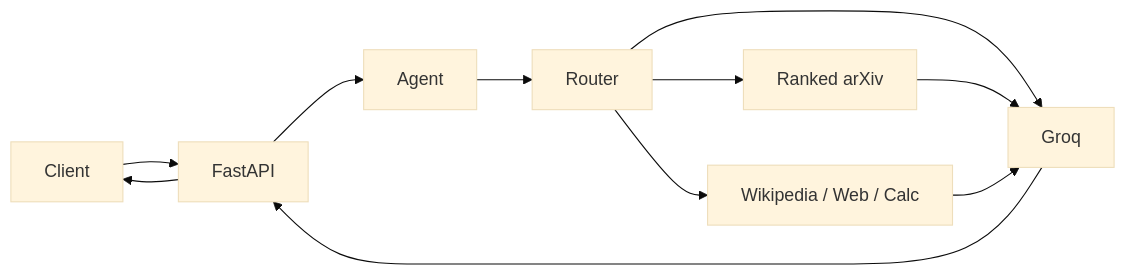
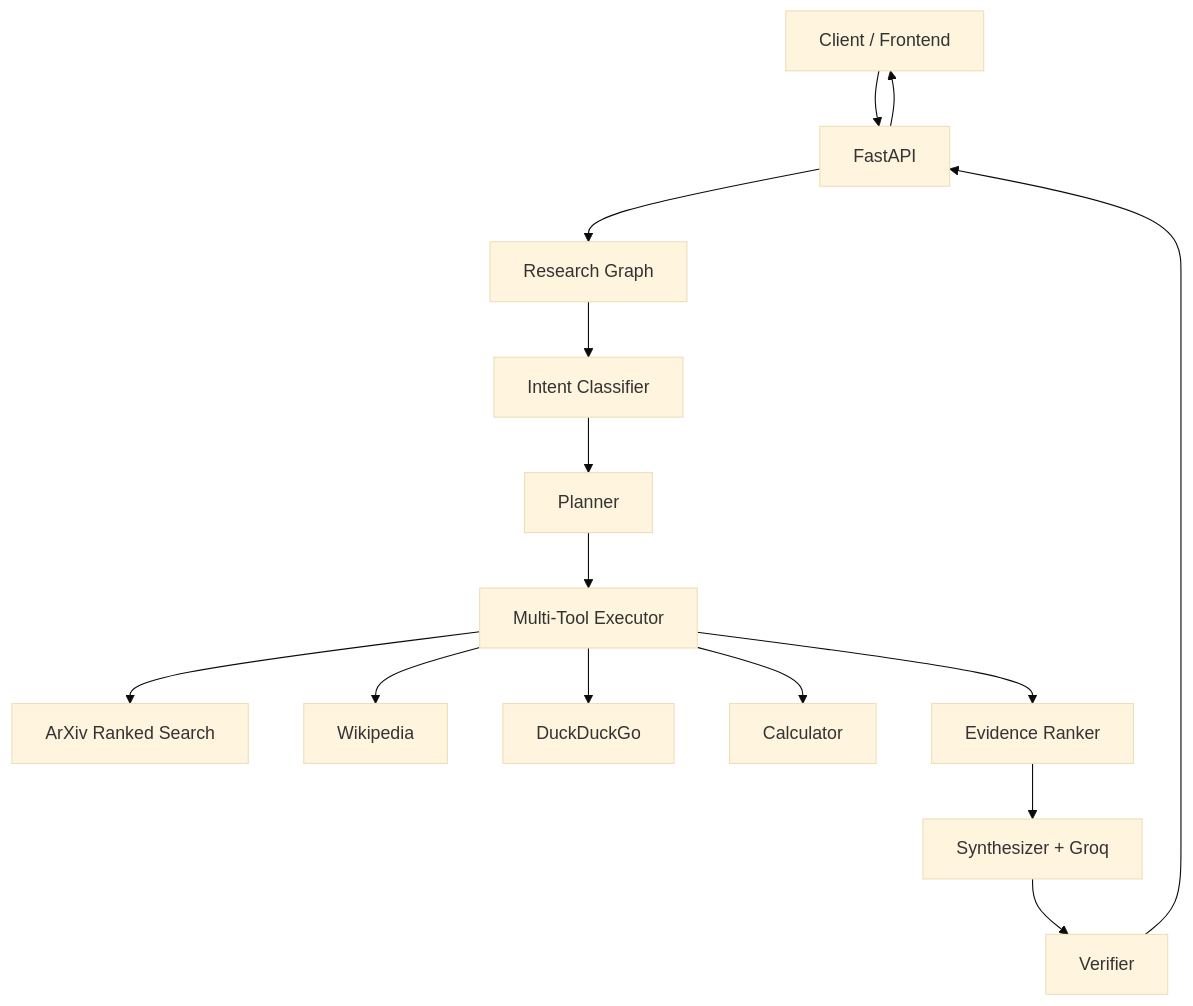
Before and after one commit to sidnei-almeida/langchain-autonomous-agent: the diagram in README.md, drawn with Mermaid (base theme). The commit also changed other lines of this file and 20 other files, not shown here.

First line of the commit message:
Gray Matter Research Agent v3 — agentic pipeline.

````diff
--- a/README.md
+++ b/README.md
@@ -53,13 +36,17 @@
 ```mermaid
-flowchart LR
-  U[Client] --> API[FastAPI]
-  API --> A[Agent]
-  A --> R[Router]
-  R --> ArXiv[Ranked arXiv]
-  R --> Other[Wikipedia / Web / Calc]
-  R --> G[Groq]
-  ArXiv --> G
-  Other --> G
-  G --> API
+flowchart TB
+  U[Client / Frontend] --> API[FastAPI]
+  API --> G[Research Graph]
+  G --> C[Intent Classifier]
+  C --> P[Planner]
+  P --> T[Multi-Tool Executor]
+  T --> A[ArXiv Ranked Search]
+  T --> W[Wikipedia]
+  T --> D[DuckDuckGo]
+  T --> M[Calculator]
+  T --> E[Evidence Ranker]
+  E --> S[Synthesizer + Groq]
+  S --> V[Verifier]
+  V --> API
   API --> U
 ```
````
